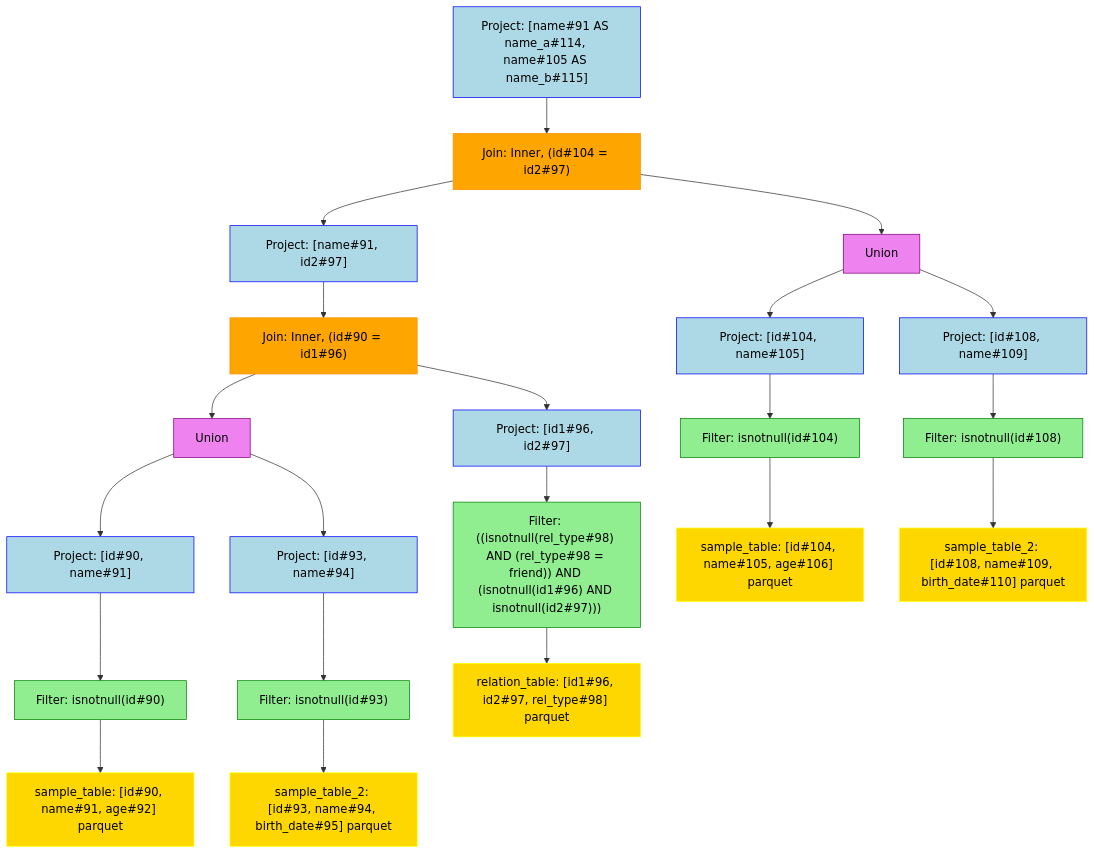
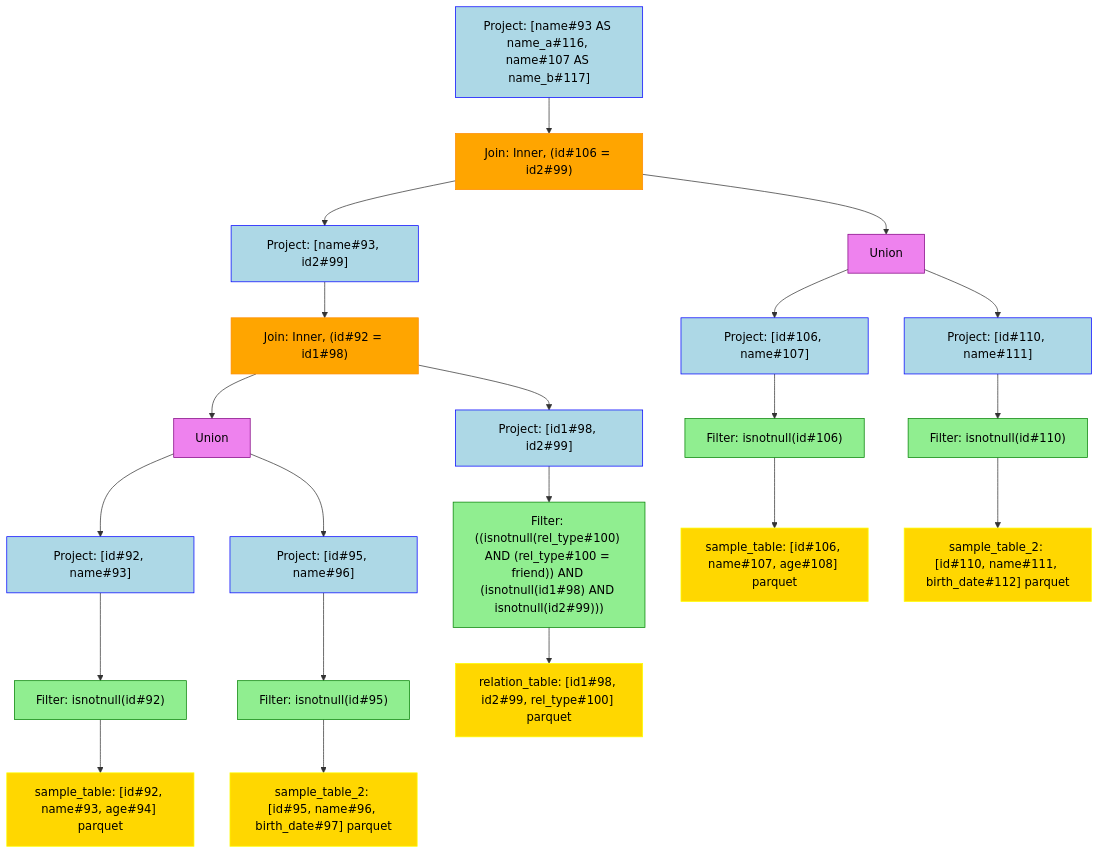
Before and after one commit to NielkNetraam/explainalyzed: the diagram in data/visualization/join_2.mmd, drawn with Mermaid. The commit also changed 54 other files, not shown here.

```diff
--- a/data/visualization/join_2.mmd
+++ b/data/visualization/join_2.mmd
@@ -1,51 +1,51 @@
 flowchart TD
     classDef PROJECT stroke:Blue,fill:LightBlue,color:black
     classDef FILTER stroke:Green,fill:LightGreen,color:black
     classDef UNION stroke:Purple,fill:Violet,color:black
     classDef JOIN stroke:DarkOrange,fill:Orange,color:black
     classDef RELATION stroke:Yellow,fill:Gold,color:black
     classDef AGGREGATE stroke:Brown,fill:Chocolate,color:black
     classDef WINDOW stroke:Aqua,fill:Cyan,color:black
 
-    Project#1["Project: [name#91 AS name_a#114, name#105 AS name_b#115]"]:::PROJECT
-    Join#11["Join: Inner, (id#104 = id2#97)"]:::JOIN
-    Project#111["Project: [name#91, id2#97]"]:::PROJECT
-    Join#1111["Join: Inner, (id#90 = id1#96)"]:::JOIN
-    Union#11111["Union"]:::UNION
-    Project#111111["Project: [id#90, name#91]"]:::PROJECT
-    Filter#1111111["Filter: isnotnull(id#90)"]:::FILTER
-    Relation#11111111["sample_table: [id#90, name#91, age#92] parquet"]:::RELATION
-    Project#111112["Project: [id#93, name#94]"]:::PROJECT
-    Filter#1111121["Filter: isnotnull(id#93)"]:::FILTER
-    Relation#11111211["sample_table_2: [id#93, name#94, birth_date#95] parquet"]:::RELATION
-    Project#11112["Project: [id1#96, id2#97]"]:::PROJECT
-    Filter#111121["Filter: ((isnotnull(rel_type#98) AND (rel_type#98 = friend)) AND (isnotnull(id1#96) AND isnotnull(id2#97)))"]:::FILTER
-    Relation#1111211["relation_table: [id1#96, id2#97, rel_type#98] parquet"]:::RELATION
-    Union#112["Union"]:::UNION
-    Project#1121["Project: [id#104, name#105]"]:::PROJECT
-    Filter#11211["Filter: isnotnull(id#104)"]:::FILTER
-    Relation#112111["sample_table: [id#104, name#105, age#106] parquet"]:::RELATION
-    Project#1122["Project: [id#108, name#109]"]:::PROJECT
-    Filter#11221["Filter: isnotnull(id#108)"]:::FILTER
-    Relation#112211["sample_table_2: [id#108, name#109, birth_date#110] parquet"]:::RELATION
+    Project#00001["Project: [name#93 AS name_a#116, name#107 AS name_b#117]"]:::PROJECT
+    Join#00002["Join: Inner, (id#106 = id2#99)"]:::JOIN
+    Project#00003["Project: [name#93, id2#99]"]:::PROJECT
+    Join#00004["Join: Inner, (id#92 = id1#98)"]:::JOIN
+    Union#00005["Union"]:::UNION
+    Project#00006["Project: [id#92, name#93]"]:::PROJECT
+    Filter#00007["Filter: isnotnull(id#92)"]:::FILTER
+    Relation#00008["sample_table: [id#92, name#93, age#94] parquet"]:::RELATION
+    Project#00009["Project: [id#95, name#96]"]:::PROJECT
+    Filter#00010["Filter: isnotnull(id#95)"]:::FILTER
+    Relation#00011["sample_table_2: [id#95, name#96, birth_date#97] parquet"]:::RELATION
+    Project#00012["Project: [id1#98, id2#99]"]:::PROJECT
+    Filter#00013["Filter: ((isnotnull(rel_type#100) AND (rel_type#100 = friend)) AND (isnotnull(id1#98) AND isnotnull(id2#99)))"]:::FILTER
+    Relation#00014["relation_table: [id1#98, id2#99, rel_type#100] parquet"]:::RELATION
+    Union#00015["Union"]:::UNION
+    Project#00016["Project: [id#106, name#107]"]:::PROJECT
+    Filter#00017["Filter: isnotnull(id#106)"]:::FILTER
+    Relation#00018["sample_table: [id#106, name#107, age#108] parquet"]:::RELATION
+    Project#00019["Project: [id#110, name#111]"]:::PROJECT
+    Filter#00020["Filter: isnotnull(id#110)"]:::FILTER
+    Relation#00021["sample_table_2: [id#110, name#111, birth_date#112] parquet"]:::RELATION
 
-    Project#1 --> Join#11
-        Join#11 --> Project#111
-            Project#111 --> Join#1111
-                Join#1111 --> Union#11111
-                    Union#11111 --> Project#111111
-                        Project#111111 --> Filter#1111111
-                            Filter#1111111 --> Relation#11111111
-                    Union#11111 --> Project#111112
-                        Project#111112 --> Filter#1111121
-                            Filter#1111121 --> Relation#11111211
-                Join#1111 --> Project#11112
-                    Project#11112 --> Filter#111121
-                        Filter#111121 --> Relation#1111211
-        Join#11 --> Union#112
-            Union#112 --> Project#1121
-                Project#1121 --> Filter#11211
-                    Filter#11211 --> Relation#112111
-            Union#112 --> Project#1122
-                Project#1122 --> Filter#11221
-                    Filter#11221 --> Relation#112211
+    Project#00001 --> Join#00002
+        Join#00002 --> Project#00003
+            Project#00003 --> Join#00004
+                Join#00004 --> Union#00005
+                    Union#00005 --> Project#00006
+                        Project#00006 --> Filter#00007
+                            Filter#00007 --> Relation#00008
+                    Union#00005 --> Project#00009
+                        Project#00009 --> Filter#00010
+                            Filter#00010 --> Relation#00011
+                Join#00004 --> Project#00012
+                    Project#00012 --> Filter#00013
+                        Filter#00013 --> Relation#00014
+        Join#00002 --> Union#00015
+            Union#00015 --> Project#00016
+                Project#00016 --> Filter#00017
+                    Filter#00017 --> Relation#00018
+            Union#00015 --> Project#00019
+                Project#00019 --> Filter#00020
+                    Filter#00020 --> Relation#00021
```
